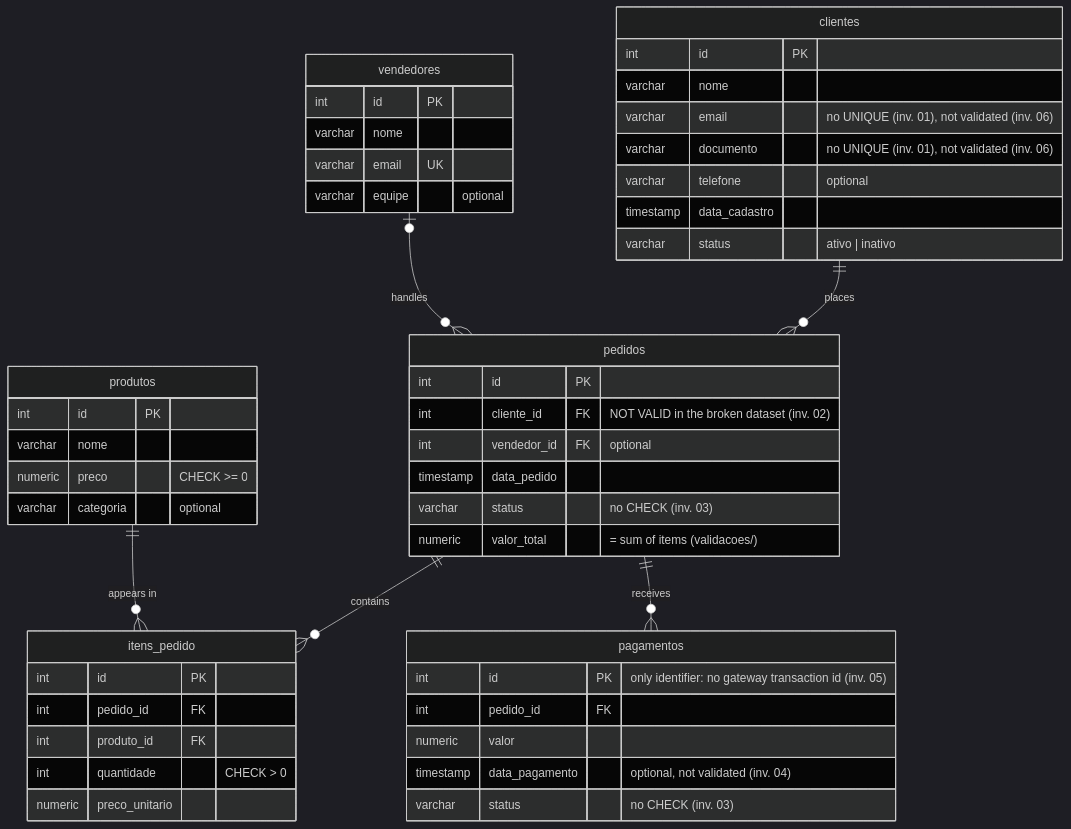
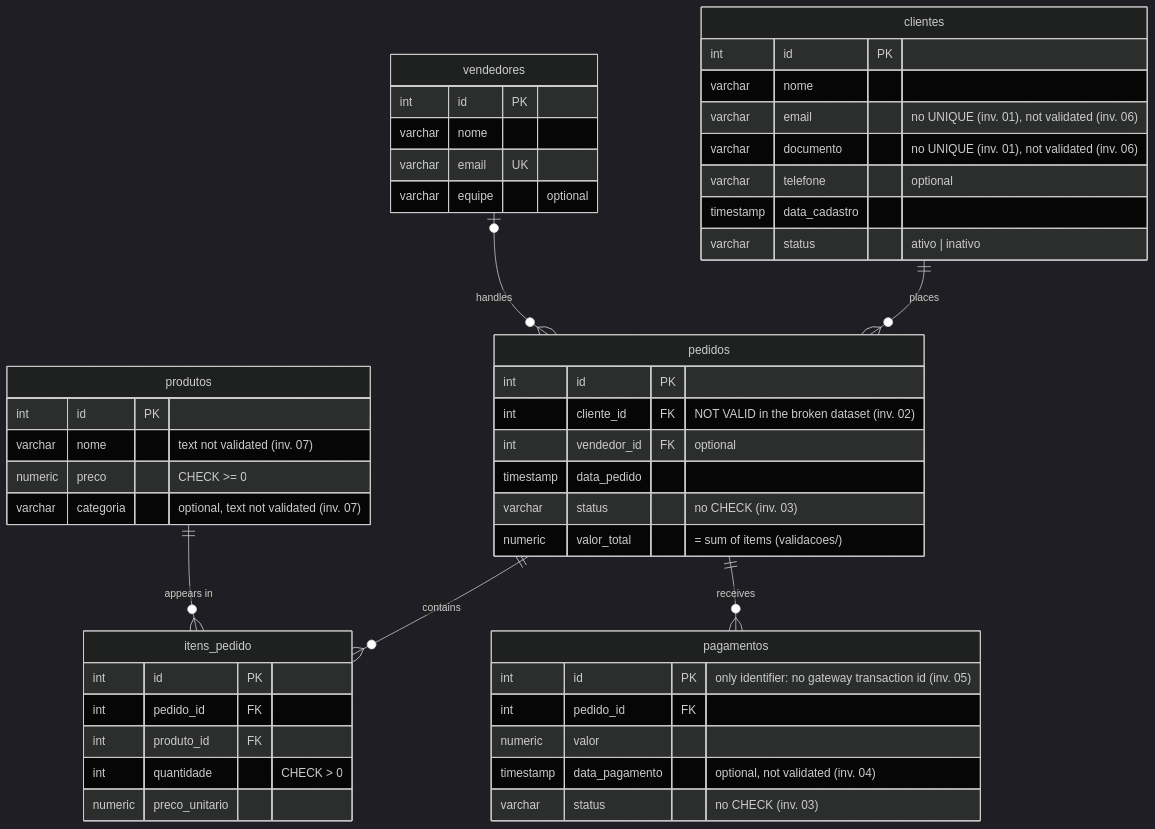
One commit to ThomasTDS/sql-defect-investigation changed the diagram in README.en.md. Above: the diagram before and after it, drawn with Mermaid (dark theme). The commit also changed other lines of this file and 9 other files, not shown here.

````diff
--- a/README.en.md
+++ b/README.en.md
@@ -29,57 +29,57 @@
 ```mermaid
 erDiagram
     clientes ||--o{ pedidos : "places"
     vendedores |o--o{ pedidos : "handles"
     pedidos ||--o{ itens_pedido : "contains"
     produtos ||--o{ itens_pedido : "appears in"
     pedidos ||--o{ pagamentos : "receives"
 
     clientes {
         int id PK
         varchar nome
         varchar email "no UNIQUE (inv. 01), not validated (inv. 06)"
         varchar documento "no UNIQUE (inv. 01), not validated (inv. 06)"
         varchar telefone "optional"
         timestamp data_cadastro
         varchar status "ativo | inativo"
     }
 
     vendedores {
         int id PK
         varchar nome
         varchar email UK
         varchar equipe "optional"
     }
 
     produtos {
         int id PK
-        varchar nome
+        varchar nome "text not validated (inv. 07)"
         numeric preco "CHECK >= 0"
-        varchar categoria "optional"
+        varchar categoria "optional, text not validated (inv. 07)"
     }
 
     pedidos {
         int id PK
         int cliente_id FK "NOT VALID in the broken dataset (inv. 02)"
         int vendedor_id FK "optional"
         timestamp data_pedido
         varchar status "no CHECK (inv. 03)"
         numeric valor_total "= sum of items (validacoes/)"
     }
 
     itens_pedido {
         int id PK
         int pedido_id FK
         int produto_id FK
         int quantidade "CHECK > 0"
         numeric preco_unitario
     }
 
     pagamentos {
         int id PK "only identifier: no gateway transaction id (inv. 05)"
         int pedido_id FK
         numeric valor
         timestamp data_pagamento "optional, not validated (inv. 04)"
         varchar status "no CHECK (inv. 03)"
     }
 ```
````
